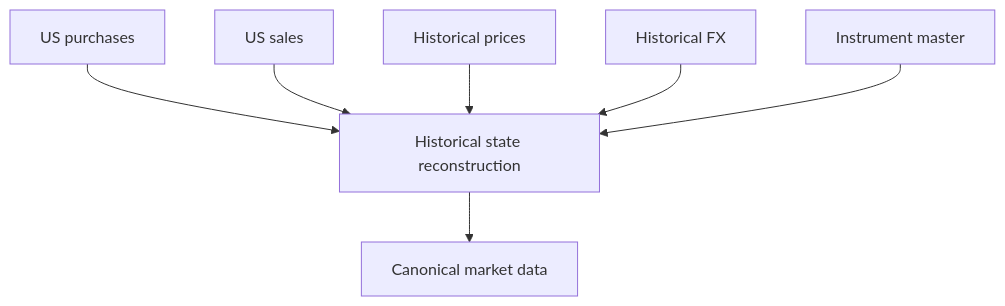
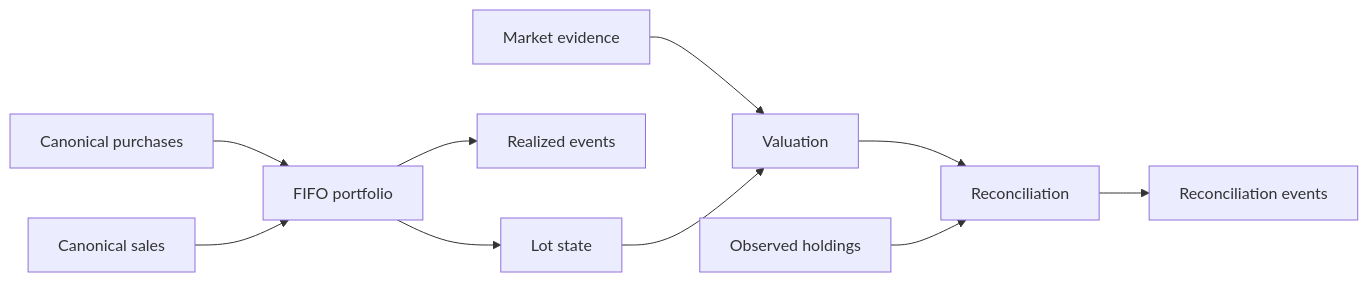
One commit to tks18/personal-finance-etl changed the sixth of 9 diagrams in docs/architecture/data-model.md. Above: the diagram before and after it, drawn with Mermaid. The commit also changed other lines of this file and 10 other files, not shown here.

Commit message:
docs: update docs/architecture for latest version

````diff
--- a/docs/architecture/data-model.md
+++ b/docs/architecture/data-model.md
@@ -219,9 +145,12 @@
 ```mermaid
-flowchart TB
-    P[US purchases] --> R[Historical state reconstruction]
-    S[US sales] --> R
-    PRICE[Historical prices] --> R
-    FX[Historical FX] --> R
-    MASTER[Instrument master] --> R
-    R --> MARKET[Canonical market data]
+flowchart LR
+    P[Canonical purchases] --> FIFO[FIFO portfolio]
+    S[Canonical sales] --> FIFO
+    FIFO --> LOT[Lot state]
+    FIFO --> REAL[Realized events]
+    MARKET[Market evidence] --> VAL[Valuation]
+    LOT --> VAL
+    VAL --> RECON[Reconciliation]
+    OBS[Observed holdings] --> RECON
+    RECON --> EVT[Reconciliation events]
 ```
````
